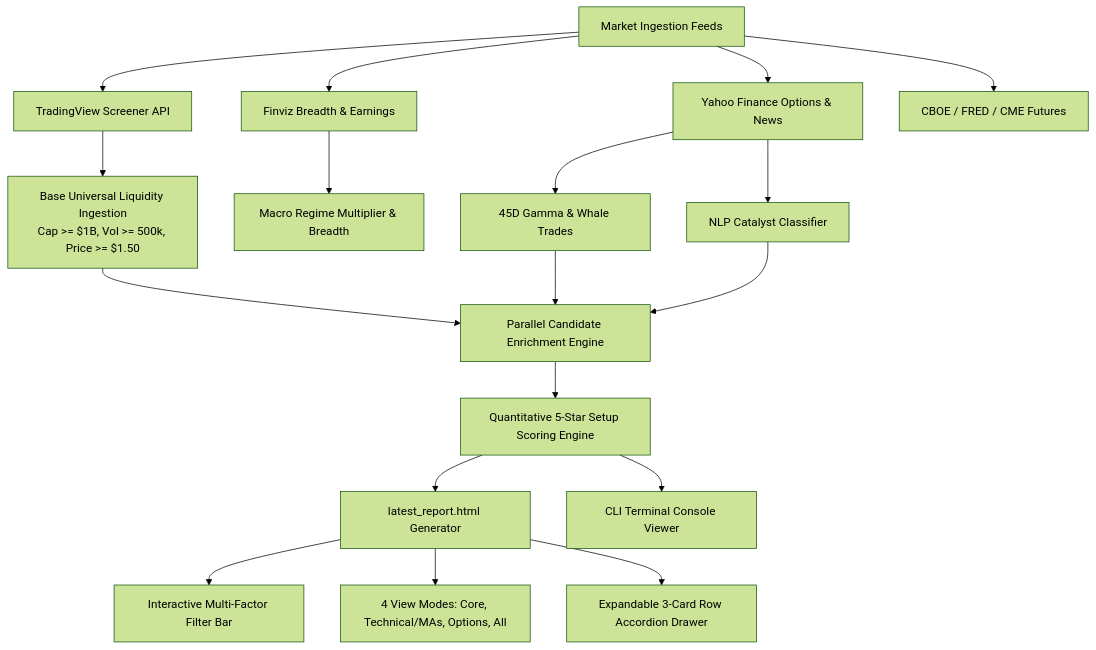
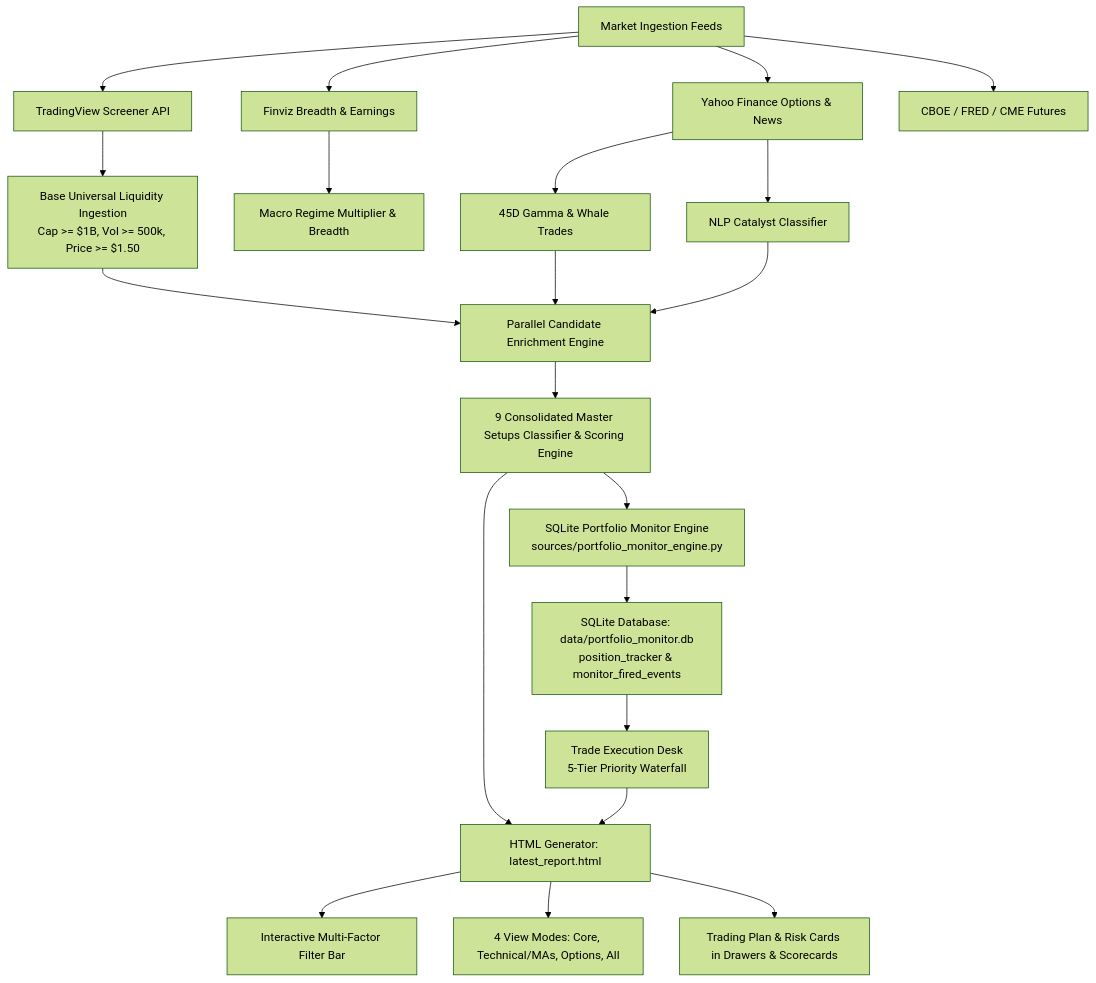
One commit to syao385/Screener changed the first of 5 diagrams in docs/design_spec.md. Above: the diagram before and after it, drawn with Mermaid (forest theme). The commit also changed other lines of this file and 1125 other files, not shown here.

Commit message:
feat: Institutional Screener v2.0 - Buffett 6-Gate Pre-Purchase Audit, Forensic Accounting Confluence Engine, Multi-Session Anchored RVOL, Thematic Depth4 Cascades, and Autonomous Cadence Automation

````diff
--- a/docs/design_spec.md
+++ b/docs/design_spec.md
@@ -11,24 +33,29 @@
 ```mermaid
 graph TD
     A[Market Ingestion Feeds] --> B[TradingView Screener API]
     A --> C[Finviz Breadth & Earnings]
     A --> D[Yahoo Finance Options & News]
     A --> E[CBOE / FRED / CME Futures]
 
     B --> F[Base Universal Liquidity Ingestion<br>Cap >= $1B, Vol >= 500k, Price >= $1.50]
     C --> G[Macro Regime Multiplier & Breadth]
     D --> H[45D Gamma & Whale Trades]
     D --> I[NLP Catalyst Classifier]
 
     F --> J[Parallel Candidate Enrichment Engine]
     H --> J
     I --> J
 
-    J --> K[Quantitative 5-Star Setup Scoring Engine]
-    K --> L[latest_report.html Generator]
-    K --> M[CLI Terminal Console Viewer]
+    J --> K[9 Consolidated Master Setups Classifier & Scoring Engine]
+    
+    K --> L[SQLite Portfolio Monitor Engine<br>sources/portfolio_monitor_engine.py]
+    L --> M[SQLite Database: data/portfolio_monitor.db<br>position_tracker & monitor_fired_events]
+    
+    M --> N[Trade Execution Desk<br>5-Tier Priority Waterfall]
+    K --> O[HTML Generator: latest_report.html]
+    N --> O
 
-    L --> N[Interactive Multi-Factor Filter Bar]
-    L --> O[4 View Modes: Core, Technical/MAs, Options, All]
-    L --> P[Expandable 3-Card Row Accordion Drawer]
+    O --> P[Interactive Multi-Factor Filter Bar]
+    O --> Q[4 View Modes: Core, Technical/MAs, Options, All]
+    O --> R[Trading Plan & Risk Cards in Drawers & Scorecards]
 ```
````
